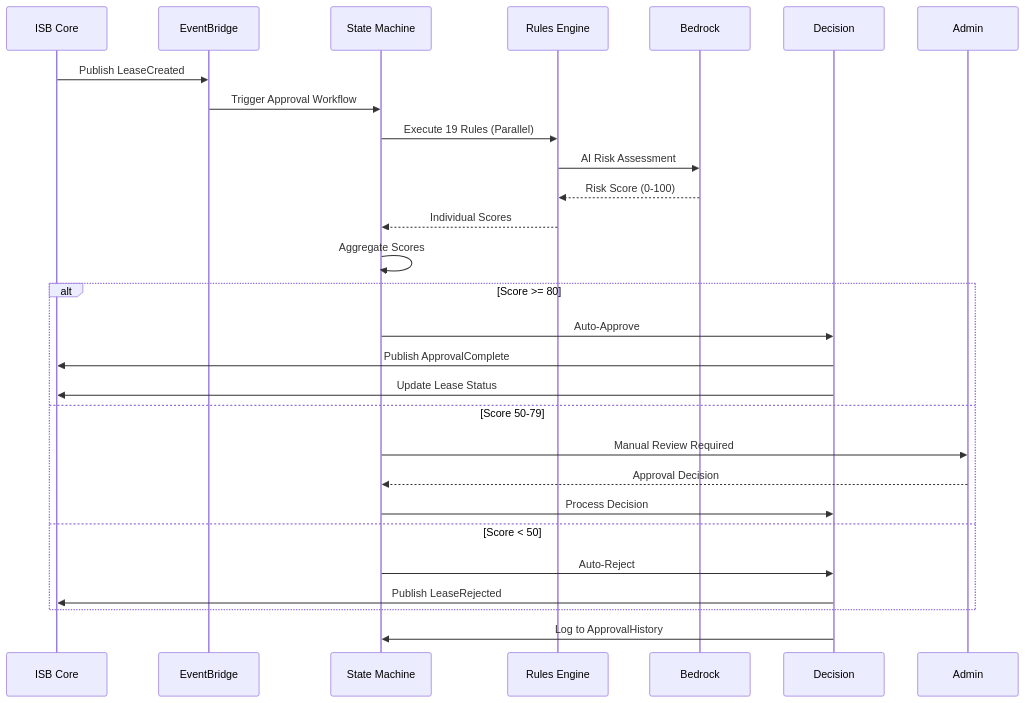
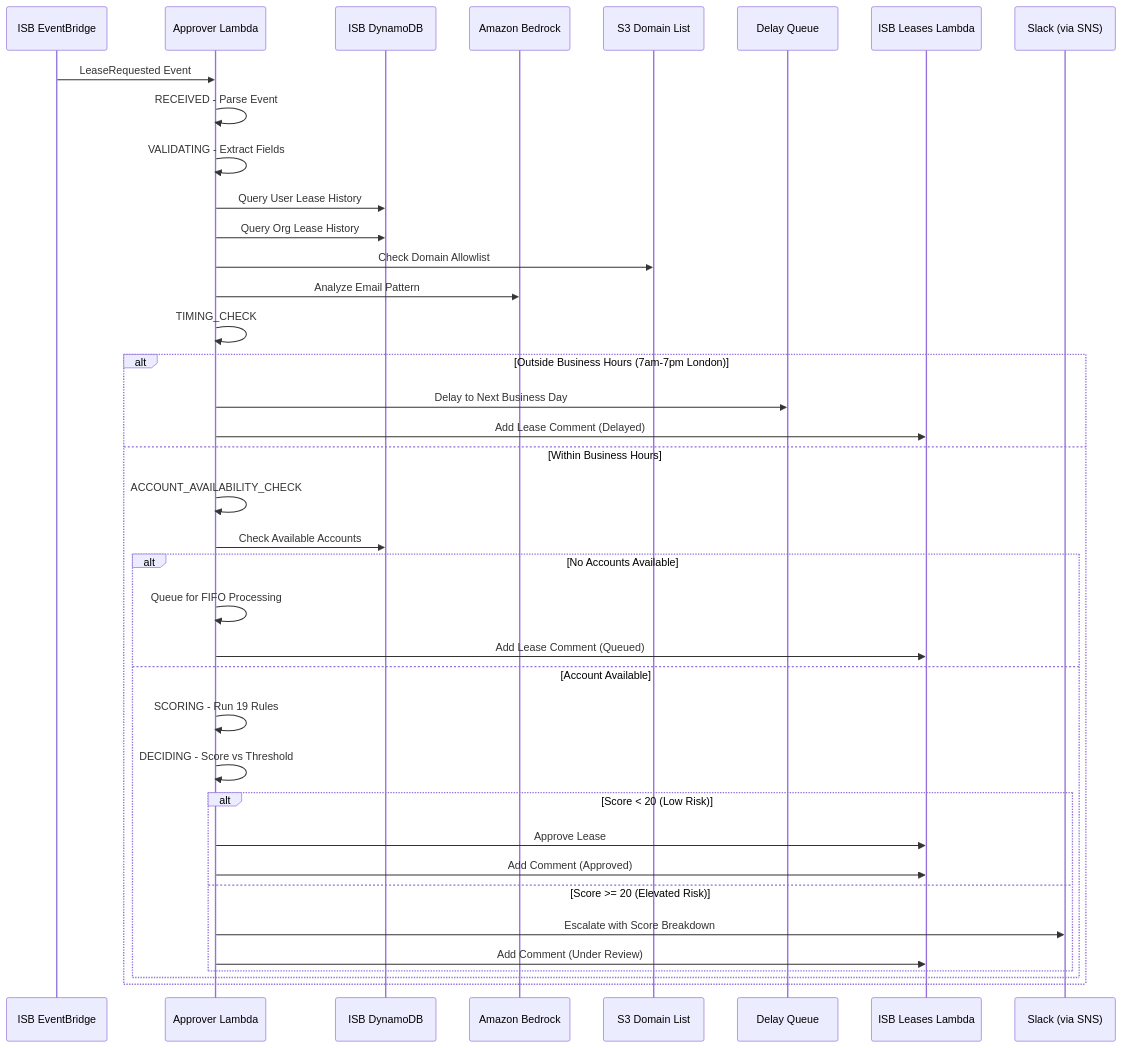
Before and after one commit to co-cddo/ndx-try-arch: the second of 2 diagrams in docs/20-approver-system.md, drawn with Mermaid. The commit also changed other lines of this file and 41 other files, not shown here.

First line of the commit message:
docs: update NDX architecture documentation (#9)

````diff
--- a/docs/20-approver-system.md
+++ b/docs/20-approver-system.md
@@ -74,33 +93,46 @@
 ```mermaid
 sequenceDiagram
-    participant ISB Core
-    participant EventBridge
-    participant State Machine
-    participant Rules Engine
-    participant Bedrock
-    participant Decision
-    participant Admin
+    participant ISB as ISB EventBridge
+    participant Lambda as Approver Lambda
+    participant DDB as ISB DynamoDB
+    participant Bedrock as Amazon Bedrock
+    participant S3 as S3 Domain List
+    participant SQS as Delay Queue
+    participant ISB_API as ISB Leases Lambda
+    participant Slack as Slack (via SNS)
 
-    ISB Core->>EventBridge: Publish LeaseCreated
-    EventBridge->>State Machine: Trigger Approval Workflow
-    State Machine->>Rules Engine: Execute 19 Rules (Parallel)
-    Rules Engine->>Bedrock: AI Risk Assessment
-    Bedrock-->>Rules Engine: Risk Score (0-100)
-    Rules Engine-->>State Machine: Individual Scores
-    State Machine->>State Machine: Aggregate Scores
+    ISB->>Lambda: LeaseRequested Event
+    Lambda->>Lambda: RECEIVED - Parse Event
 
-    alt Score >= 80
-        State Machine->>Decision: Auto-Approve
-        Decision->>ISB Core: Publish ApprovalComplete
-        Decision->>ISB Core: Update Lease Status
-    else Score 50-79
-        State Machine->>Admin: Manual Review Required
-        Admin-->>State Machine: Approval Decision
-        State Machine->>Decision: Process Decision
-    else Score < 50
-        State Machine->>Decision: Auto-Reject
-        Decision->>ISB Core: Publish LeaseRejected
+    Lambda->>Lambda: VALIDATING - Extract Fields
+    Lambda->>DDB: Query User Lease History
+    Lambda->>DDB: Query Org Lease History
+    Lambda->>S3: Check Domain Allowlist
+    Lambda->>Bedrock: Analyze Email Pattern
+
+    Lambda->>Lambda: TIMING_CHECK
+
+    alt Outside Business Hours (7am-7pm London)
+        Lambda->>SQS: Delay to Next Business Day
+        Lambda->>ISB_API: Add Lease Comment (Delayed)
+    else Within Business Hours
+        Lambda->>Lambda: ACCOUNT_AVAILABILITY_CHECK
+        Lambda->>DDB: Check Available Accounts
+
+        alt No Accounts Available
+            Lambda->>Lambda: Queue for FIFO Processing
+            Lambda->>ISB_API: Add Lease Comment (Queued)
+        else Account Available
+            Lambda->>Lambda: SCORING - Run 19 Rules
+            Lambda->>Lambda: DECIDING - Score vs Threshold
+
+            alt Score < 20 (Low Risk)
+                Lambda->>ISB_API: Approve Lease
+                Lambda->>ISB_API: Add Comment (Approved)
+            else Score >= 20 (Elevated Risk)
+                Lambda->>Slack: Escalate with Score Breakdown
+                Lambda->>ISB_API: Add Comment (Under Review)
+            end
+        end
     end
-
-    Decision->>State Machine: Log to ApprovalHistory
 ```
````
